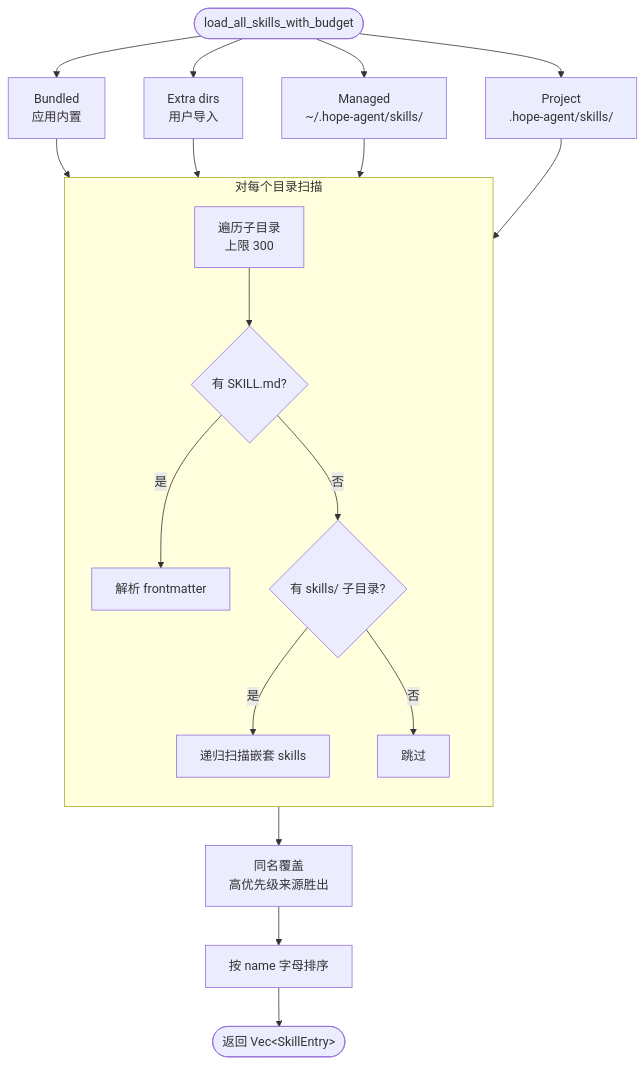
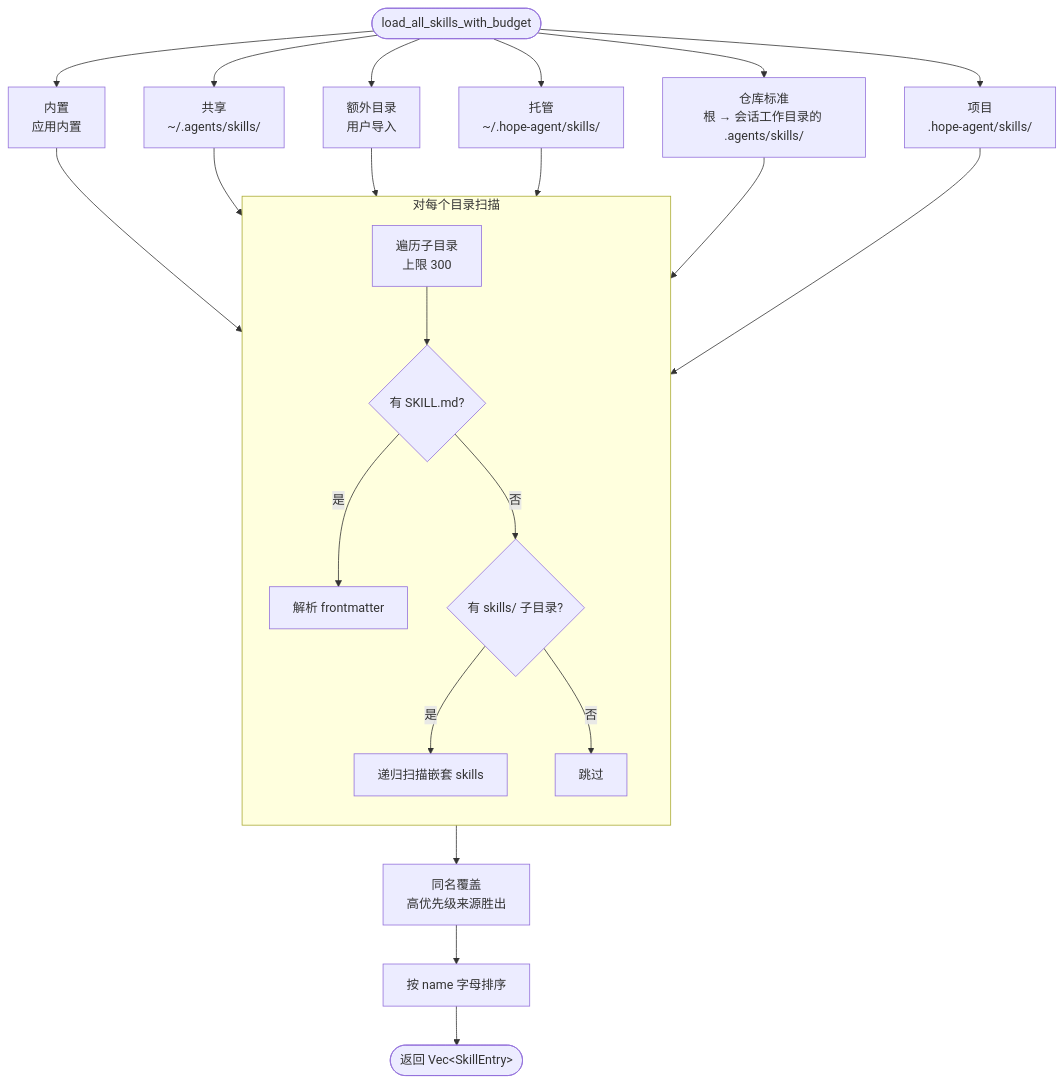
The fourth of 19 diagrams in mirrors/repos/shiwenwen@hope-agent/docs/architecture/agent/skill-system.md (gabrielmoreira/agent-skills-mirror), drawn with Mermaid before and after one commit. The commit also changed other lines of this file and 1101 other files, not shown here.

````diff
--- a/mirrors/repos/shiwenwen@hope-agent/docs/architecture/agent/skill-system.md
+++ b/mirrors/repos/shiwenwen@hope-agent/docs/architecture/agent/skill-system.md
@@ -327,22 +333,24 @@
 ```mermaid
 flowchart TD
-    START([load_all_skills_with_budget]) --> B["Bundled<br/>应用内置"]
-    START --> E["Extra dirs<br/>用户导入"]
-    START --> M["Managed<br/>~/.hope-agent/skills/"]
-    START --> P["Project<br/>.hope-agent/skills/"]
+    START([load_all_skills_with_budget]) --> B["内置<br/>应用内置"]
+    START --> S["共享<br/>~/.agents/skills/"]
+    START --> E["额外目录<br/>用户导入"]
+    START --> M["托管<br/>~/.hope-agent/skills/"]
+    START --> R["仓库标准<br/>根 → 会话工作目录的 .agents/skills/"]
+    START --> P["项目<br/>.hope-agent/skills/"]
 
-    B & E & M & P --> SCAN
+    B & S & E & M & R & P --> SCAN
 
     subgraph SCAN["对每个目录扫描"]
         direction TB
         DIR["遍历子目录<br/>上限 300"] --> HAS{"有 SKILL.md?"}
         HAS -->|是| PARSE["解析 frontmatter"]
         HAS -->|否| NESTED{"有 skills/ 子目录?"}
         NESTED -->|是| RECURSE["递归扫描嵌套 skills"]
         NESTED -->|否| SKIP["跳过"]
     end
 
     SCAN --> DEDUP["同名覆盖<br/>高优先级来源胜出"]
     DEDUP --> SORT["按 name 字母排序"]
     SORT --> RESULT(["返回 Vec&lt;SkillEntry&gt;"])
 ```
````
